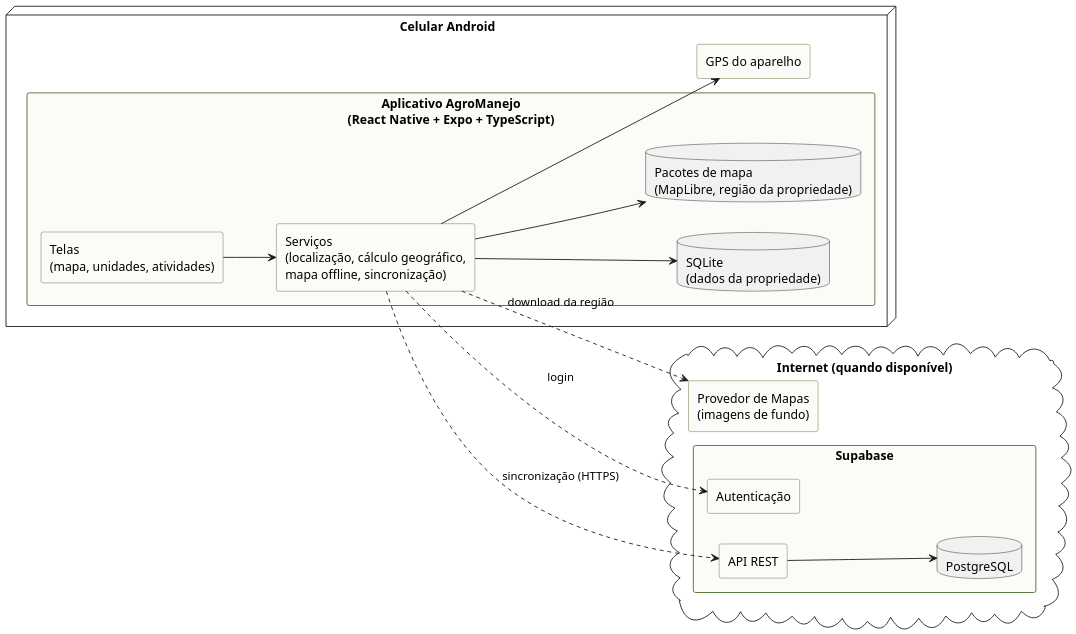
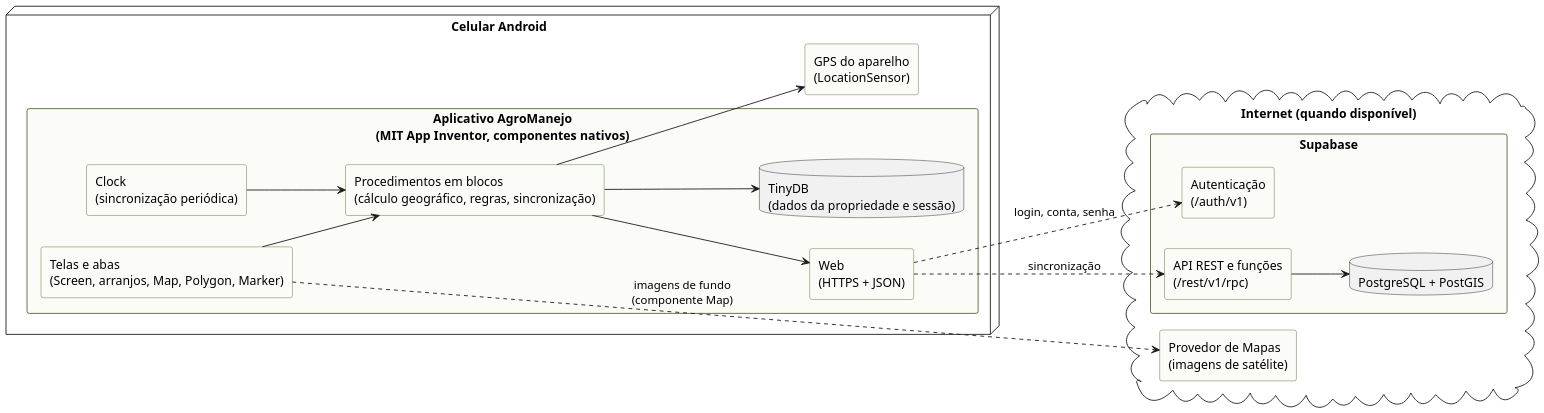
The diagram in entrega-basica/diagramas/arquitetura.puml (rpomar/AgroManejo), drawn with PlantUML before and after one commit. The commit also changed 26 other files, not shown here.

First line of the commit message:
Adapta a proposta técnica ao desenvolvimento no MIT App Inventor

```diff
--- a/entrega-basica/diagramas/arquitetura.puml
+++ b/entrega-basica/diagramas/arquitetura.puml
@@ -1,39 +1,41 @@
 @startuml arquitetura
 skinparam dpi 150
 skinparam defaultFontName Arial
 skinparam shadowing false
 skinparam componentStyle rectangle
 skinparam rectangle {
   BackgroundColor #FBFCF8
   BorderColor #4A6B2A
 }
 left to right direction
 
 node "Celular Android" {
-  rectangle "Aplicativo AgroManejo\n(React Native + Expo + TypeScript)" as APP {
-    rectangle "Telas\n(mapa, unidades, atividades)" as UI
-    rectangle "Serviços\n(localização, cálculo geográfico,\nmapa offline, sincronização)" as SRV
-    database "SQLite\n(dados da propriedade)" as DB
-    database "Pacotes de mapa\n(MapLibre, região da propriedade)" as PK
+  rectangle "Aplicativo AgroManejo\n(MIT App Inventor, componentes nativos)" as APP {
+    rectangle "Telas e abas\n(Screen, arranjos, Map, Polygon, Marker)" as UI
+    rectangle "Procedimentos em blocos\n(cálculo geográfico, regras, sincronização)" as SRV
+    rectangle "Clock\n(sincronização periódica)" as CLK
+    rectangle "Web\n(HTTPS + JSON)" as WEB
+    database "TinyDB\n(dados da propriedade e sessão)" as DB
   }
-  rectangle "GPS do aparelho" as GPS
+  rectangle "GPS do aparelho\n(LocationSensor)" as GPS
 }
 
 cloud "Internet (quando disponível)" {
   rectangle "Supabase" as SUP {
-    rectangle "Autenticação" as AUTH
-    rectangle "API REST" as API
-    database "PostgreSQL" as PG
+    rectangle "Autenticação\n(/auth/v1)" as AUTH
+    rectangle "API REST e funções\n(/rest/v1/rpc)" as API
+    database "PostgreSQL + PostGIS" as PG
   }
-  rectangle "Provedor de Mapas\n(imagens de fundo)" as MAP
+  rectangle "Provedor de Mapas\n(imagens de satélite)" as MAP
 }
 
 UI --> SRV
+CLK --> SRV
 SRV --> DB
-SRV --> PK
 SRV --> GPS
-SRV ..> MAP : download da região
-SRV ..> AUTH : login
-SRV ..> API : sincronização (HTTPS)
+SRV --> WEB
+UI ..> MAP : imagens de fundo\n(componente Map)
+WEB ..> AUTH : login, conta, senha
+WEB ..> API : sincronização
 API --> PG
 @enduml
```
